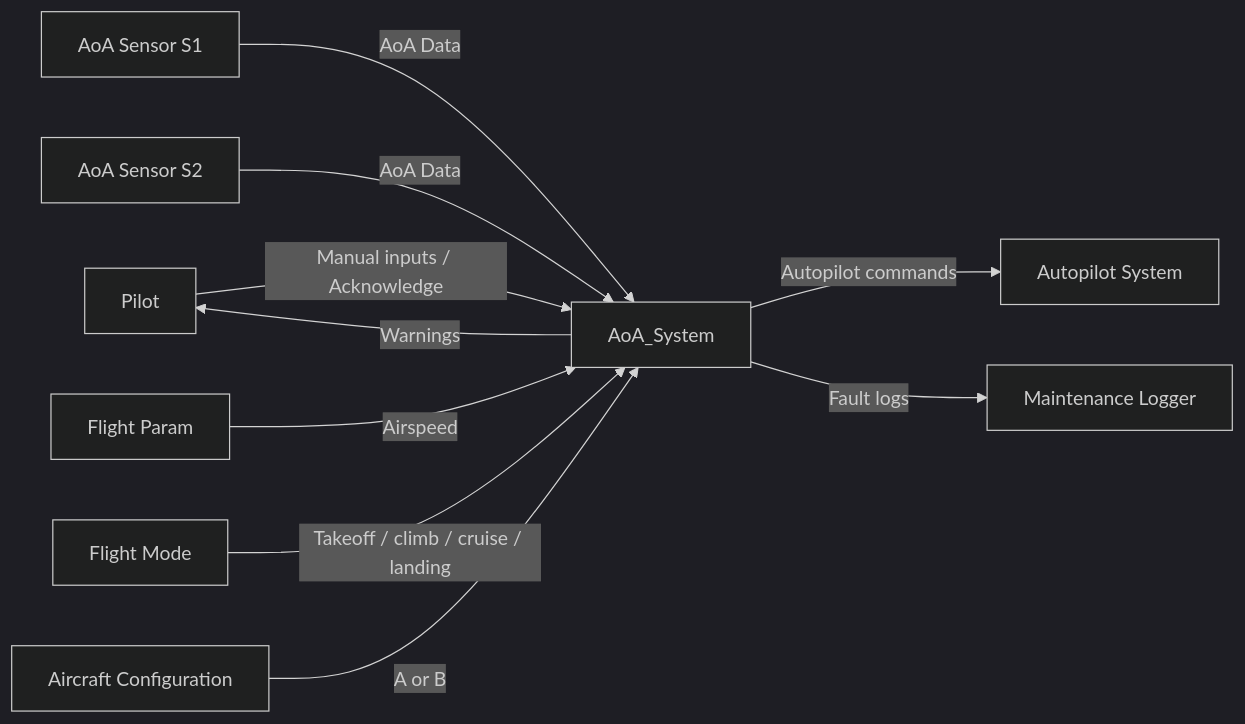
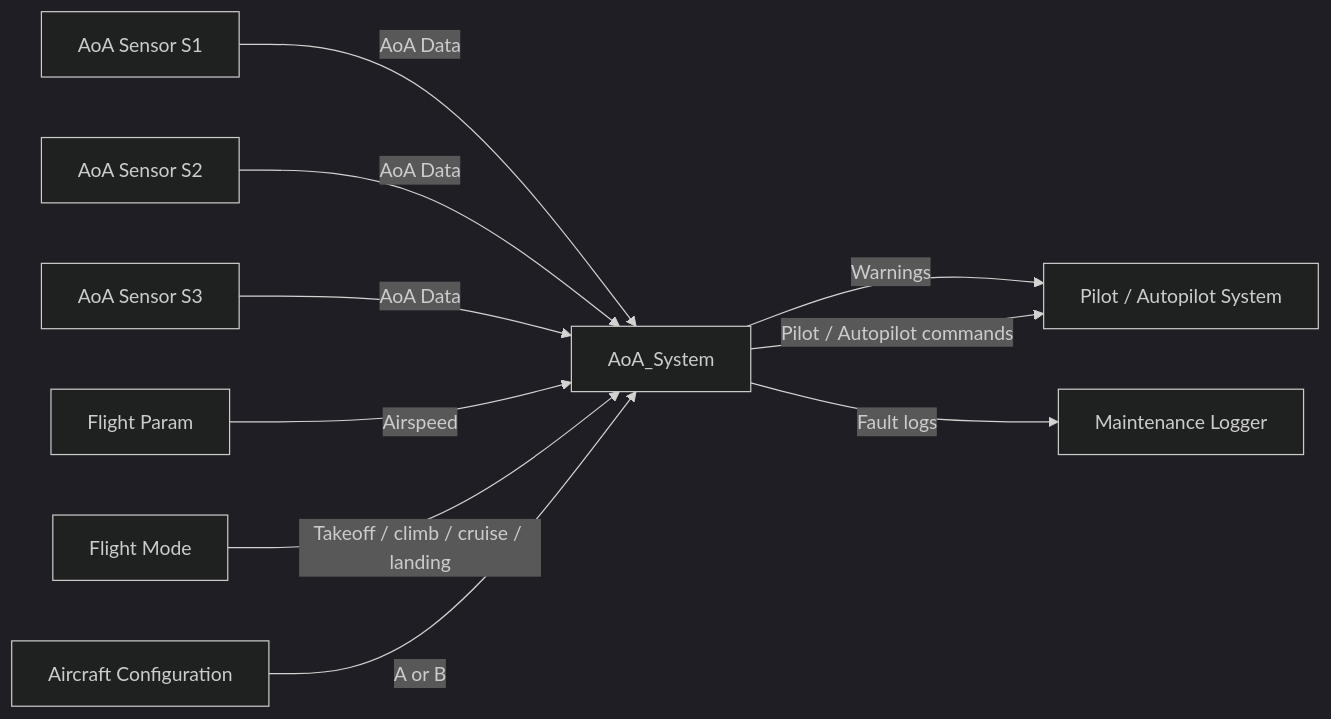
Before and after one commit to csg523/project-p2-aoa-controller: the first of 2 diagrams in docs/sections/uml-statecharts.md, drawn with Mermaid (dark theme). The commit also changed other lines of this file and 1 other file, not shown here.

````diff
--- a/docs/sections/uml-statecharts.md
+++ b/docs/sections/uml-statecharts.md
@@ -42,13 +43,13 @@
 ```mermaid
 flowchart LR
-    Pilot -->|Manual inputs / Acknowledge| AoA_System
     AoA1[AoA Sensor S1] -->|AoA Data| AoA_System
     AoA2[AoA Sensor S2] -->|AoA Data| AoA_System
+    AoA3[AoA Sensor S3] -->|AoA Data| AoA_System
     AirData[Flight Param] -->|Airspeed| AoA_System
     Phase[Flight Mode] -->|Takeoff / climb / cruise / landing| AoA_System
     Config[Aircraft Configuration] -->|A or B| AoA_System
 
-    AoA_System -->|Warnings| Pilot
-    AoA_System -->|Autopilot commands| Auto[Autopilot System]
+    AoA_System -->|Warnings| Auto[Pilot / Autopilot System]
+    AoA_System -->|Pilot / Autopilot commands| Auto[Pilot / Autopilot System]
     AoA_System -->|Fault logs| Logger[Maintenance Logger]
 ```
````
